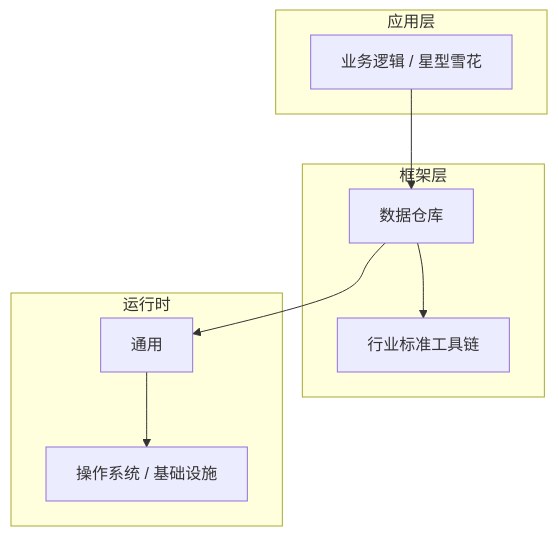
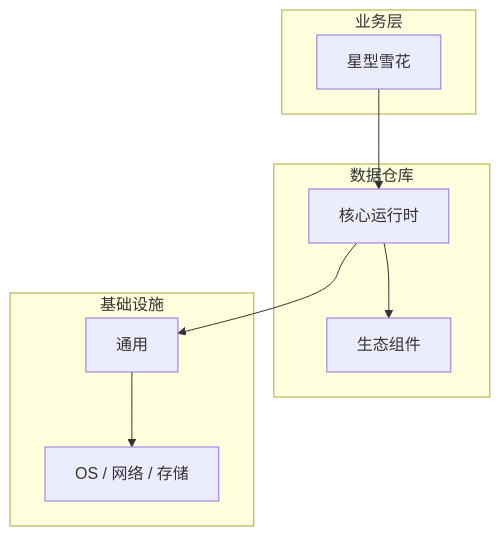
The diagram in articles/数据仓库/chapters/013-星型雪花核心概念与原理.md (yanggan2015/knowledge-json-v2), drawn with Mermaid before and after one commit. The commit also changed other lines of this file and 10127 other files, not shown here.

````diff
--- a/articles/数据仓库/chapters/013-星型雪花核心概念与原理.md
+++ b/articles/数据仓库/chapters/013-星型雪花核心概念与原理.md
@@ -45,18 +34,18 @@
 ```mermaid
 graph TB
-    subgraph 应用层
-        A[业务逻辑 / 星型雪花]
+    subgraph 业务层
+        A[星型雪花]
     end
-    subgraph 框架层
-        B[数据仓库]
-        C[行业标准工具链]
+    subgraph 数据仓库
+        B[核心运行时]
+        C[生态组件]
     end
-    subgraph 运行时
+    subgraph 基础设施
         D[通用]
-        E[操作系统 / 基础设施]
+        E[OS / 网络 / 存储]
     end
     A --> B
     B --> C
     B --> D
     D --> E
 ```
````
